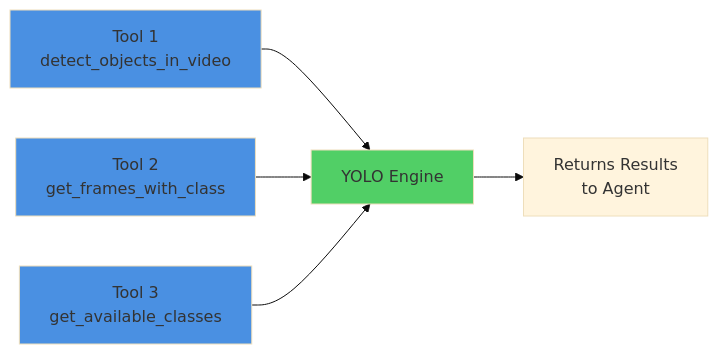
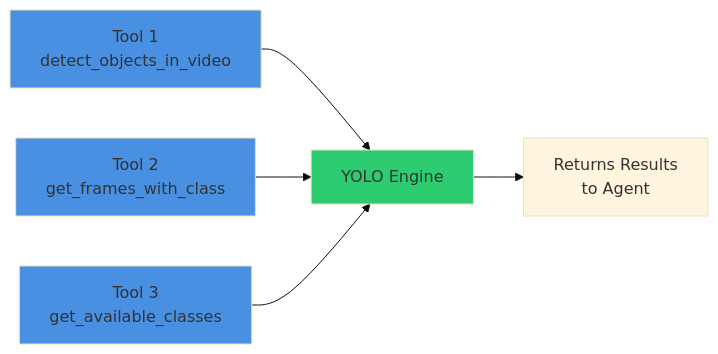
One commit to Omenranr/rag-video changed diagram 17 of 35 in README.md. Above: the diagram before and after it, drawn with Mermaid (base theme). The commit also changed other lines of this file, not shown here.

````diff
--- a/README.md
+++ b/README.md
@@ -518,13 +518,13 @@
 ```mermaid
 graph LR
     A[Tool 1<br/>detect_objects_in_video] --> D[YOLO Engine]
     B[Tool 2<br/>get_frames_with_class] --> D
     C[Tool 3<br/>get_available_classes] --> D
     
     D --> E[Returns Results<br/>to Agent]
     
     style A fill:#4a90e2
     style B fill:#4a90e2
     style C fill:#4a90e2
-    style D fill:#51cf66
+    style D fill:#2ecc71
 ```
````
